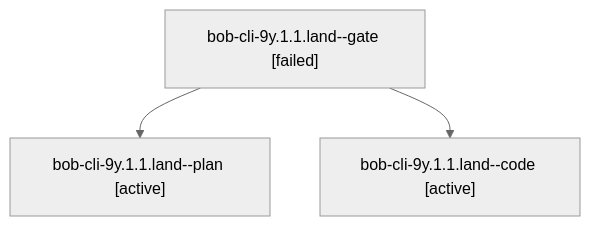
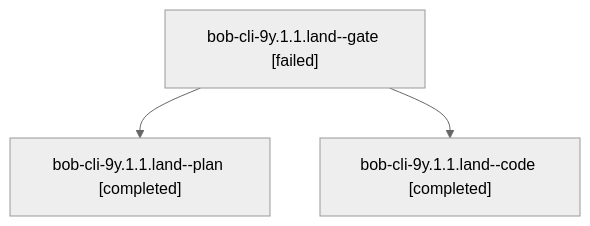
The diagram in sessions/bbugyi200.athena.bob-cli-9y.1.1.land.md (bobs-org/bob-cli--agents), drawn with Mermaid (neutral theme) before and after one commit. The commit also changed other lines of this file and 36 other files, not shown here.

````diff
--- a/sessions/bbugyi200.athena.bob-cli-9y.1.1.land.md
+++ b/sessions/bbugyi200.athena.bob-cli-9y.1.1.land.md
@@ -9,8 +9,8 @@
 ```mermaid
 flowchart TD
   n0["bob-cli-9y.1.1.land--gate [failed]"]
-  n1["bob-cli-9y.1.1.land--plan [active]"]
+  n1["bob-cli-9y.1.1.land--plan [completed]"]
   n0 --> n1
-  n2["bob-cli-9y.1.1.land--code [active]"]
+  n2["bob-cli-9y.1.1.land--code [completed]"]
   n0 --> n2
 ```
````
